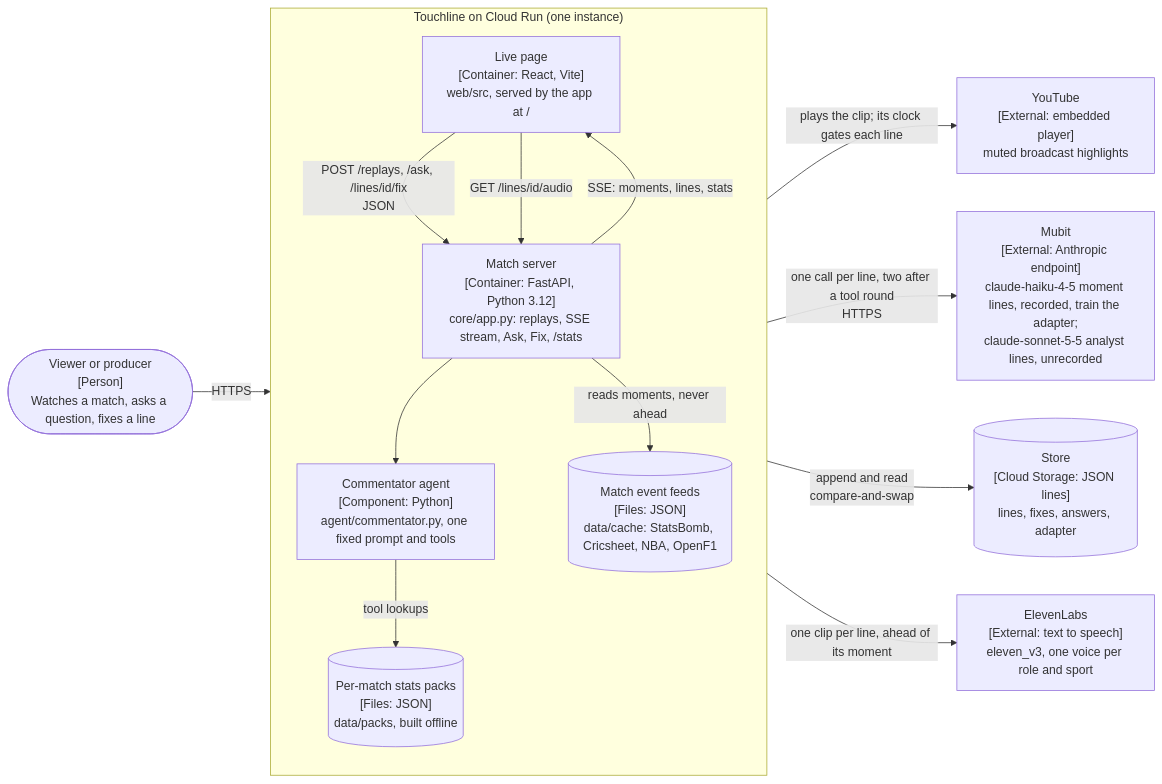
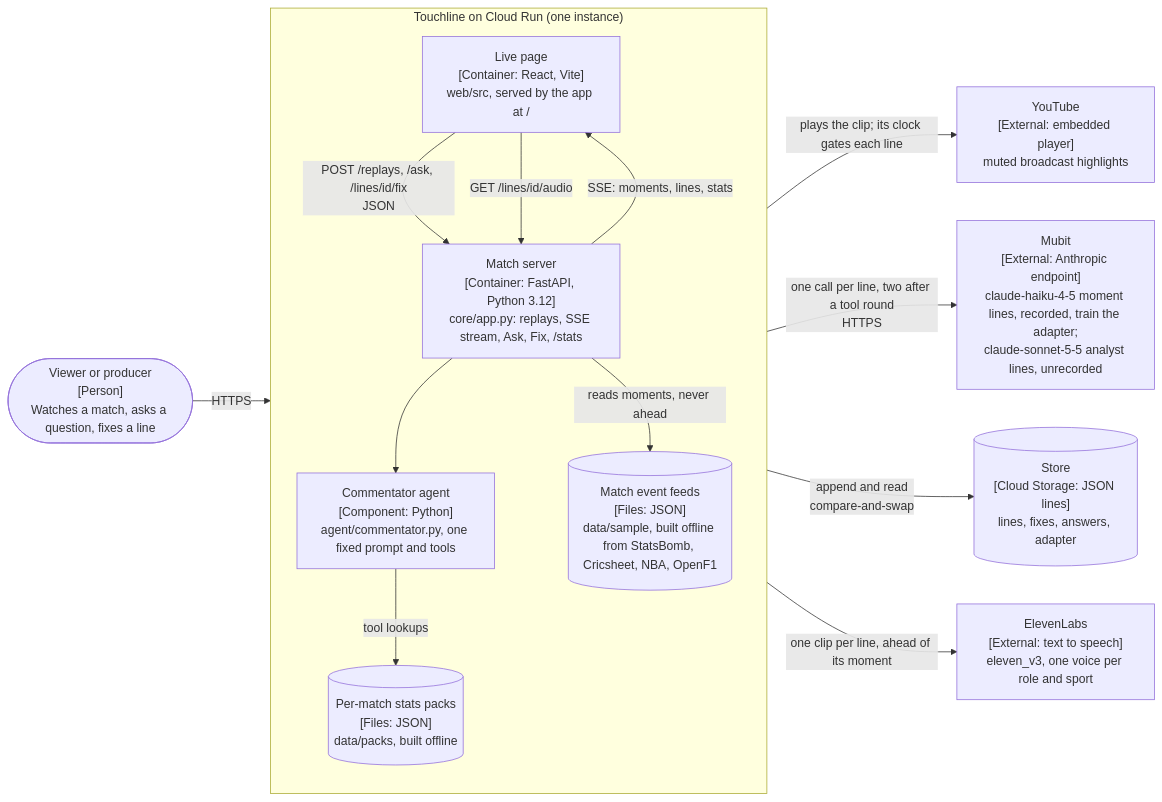
One commit to atiladeokegab/night-shift changed the first of 2 diagrams in docs/ARCHITECTURE.md. Above: the diagram before and after it, drawn with Mermaid. The commit also changed other lines of this file and 4 other files, not shown here.

````diff
--- a/docs/ARCHITECTURE.md
+++ b/docs/ARCHITECTURE.md
@@ -11,30 +11,30 @@
 ```mermaid
 flowchart LR
     viewer(["Viewer or producer<br/>[Person]<br/>Watches a match, asks a question, fixes a line"])
 
     subgraph run["Touchline on Cloud Run (one instance)"]
         direction TB
         web["Live page<br/>[Container: React, Vite]<br/>web/src, served by the app at /"]
         app["Match server<br/>[Container: FastAPI, Python 3.12]<br/>core/app.py: replays, SSE stream, Ask, Fix, /stats"]
         agent["Commentator agent<br/>[Component: Python]<br/>agent/commentator.py, one fixed prompt and tools"]
         packs[("Per-match stats packs<br/>[Files: JSON]<br/>data/packs, built offline")]
-        feeds[("Match event feeds<br/>[Files: JSON]<br/>data/cache: StatsBomb, Cricsheet, NBA, OpenF1")]
+        feeds[("Match event feeds<br/>[Files: JSON]<br/>data/sample, built offline from StatsBomb, Cricsheet, NBA, OpenF1")]
     end
 
     store[("Store<br/>[Cloud Storage: JSON lines]<br/>lines, fixes, answers, adapter")]
     mubit["Mubit<br/>[External: Anthropic endpoint]<br/>claude-haiku-4-5 moment lines, recorded, train the adapter;<br/>claude-sonnet-5-5 analyst lines, unrecorded"]
     eleven["ElevenLabs<br/>[External: text to speech]<br/>eleven_v3, one voice per role and sport"]
     yt["YouTube<br/>[External: embedded player]<br/>muted broadcast highlights"]
 
     viewer -->|"HTTPS"| web
     web -->|"POST /replays, /ask, /lines/id/fix<br/>JSON"| app
     app -->|"SSE: moments, lines, stats"| web
     web -->|"GET /lines/id/audio"| app
     web -->|"plays the clip; its clock gates each line"| yt
     app --> agent
     agent -->|"one call per line, two after a tool round<br/>HTTPS"| mubit
     agent -->|"tool lookups"| packs
     app -->|"reads moments, never ahead"| feeds
     app -->|"append and read<br/>compare-and-swap"| store
     app -->|"one clip per line, ahead of its moment"| eleven
 ```
````
